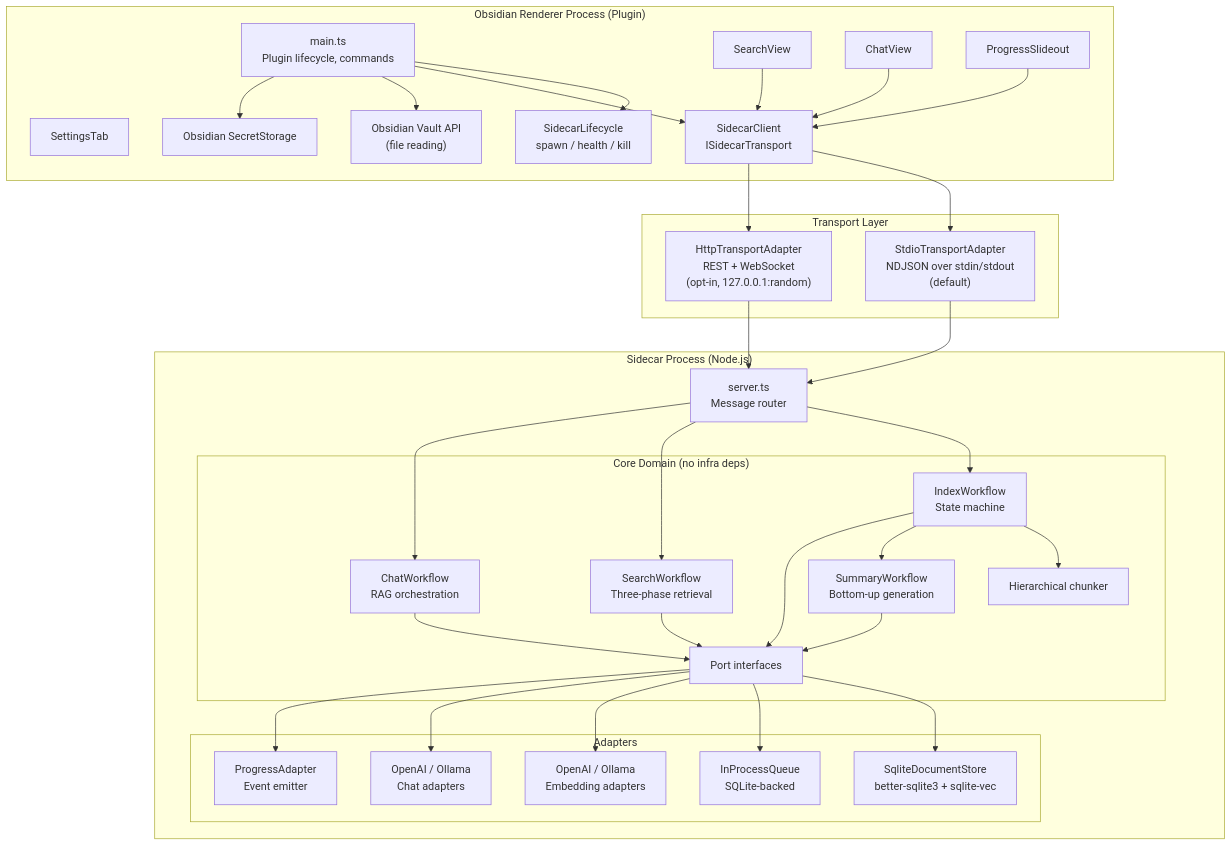
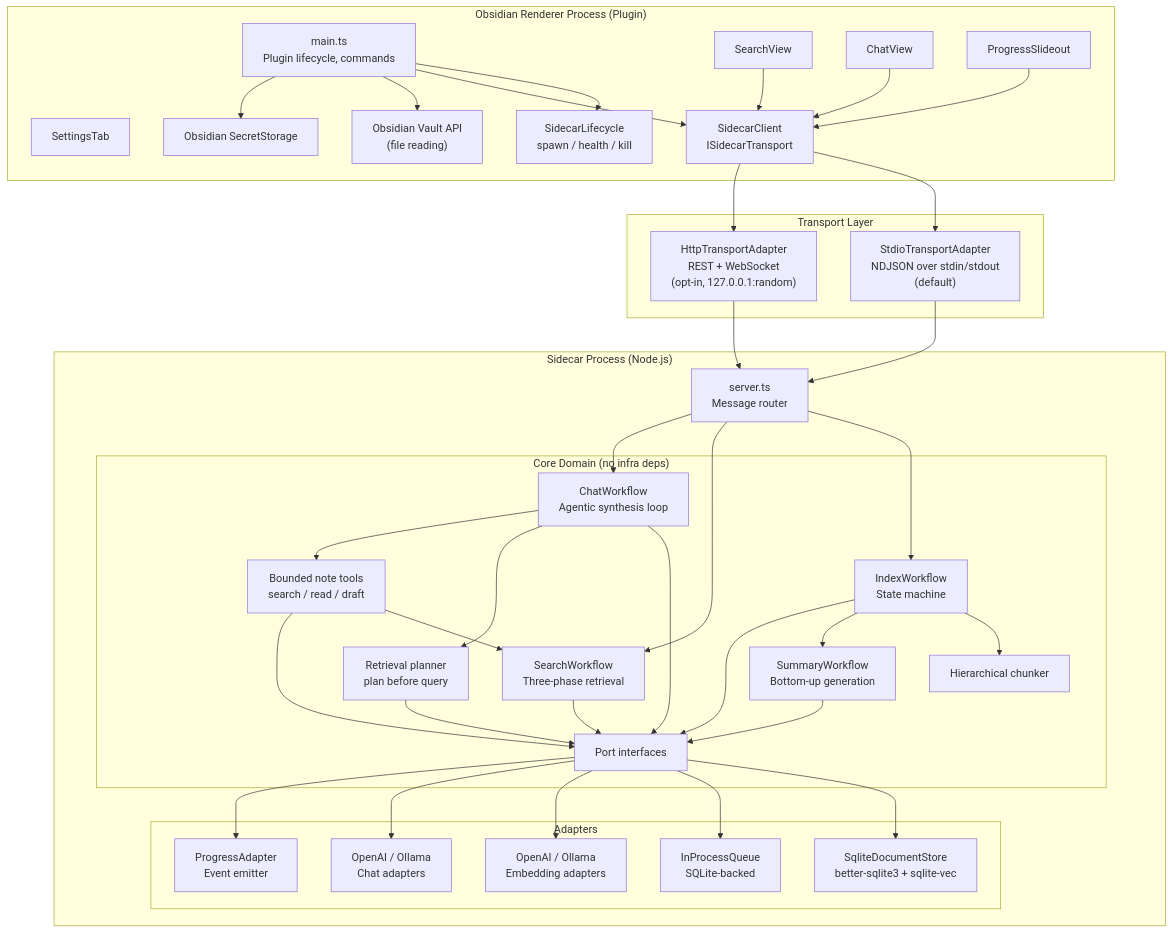
One commit to PhilipTeitel/Obisidian-AI changed the first of 5 diagrams in README.md. Above: the diagram before and after it, drawn with Mermaid. The commit also changed other lines of this file and 3 other files, not shown here.

````diff
--- a/README.md
+++ b/README.md
@@ -140,67 +144,74 @@
 ```mermaid
 graph TB
     subgraph obsidian ["Obsidian Renderer Process (Plugin)"]
         Main["main.ts<br/>Plugin lifecycle, commands"]
         Settings["SettingsTab"]
         SearchUI["SearchView"]
         ChatUI["ChatView"]
         ProgressUI["ProgressSlideout"]
         SidecarLife["SidecarLifecycle<br/>spawn / health / kill"]
         Client["SidecarClient<br/>ISidecarTransport"]
         SecretStore["Obsidian SecretStorage"]
         VaultAPI["Obsidian Vault API<br/>(file reading)"]
     end
 
     subgraph transport ["Transport Layer"]
         Stdio["StdioTransportAdapter<br/>NDJSON over stdin/stdout<br/>(default)"]
         HTTP["HttpTransportAdapter<br/>REST + WebSocket<br/>(opt-in, 127.0.0.1:random)"]
     end
 
     subgraph sidecar ["Sidecar Process (Node.js)"]
         Server["server.ts<br/>Message router"]
         subgraph core ["Core Domain (no infra deps)"]
             IndexWF["IndexWorkflow<br/>State machine"]
             SearchWF["SearchWorkflow<br/>Three-phase retrieval"]
-            ChatWF["ChatWorkflow<br/>RAG orchestration"]
+            ChatWF["ChatWorkflow<br/>Agentic synthesis loop"]
+            QueryPlan["Retrieval planner<br/>plan before query"]
+            NoteTools["Bounded note tools<br/>search / read / draft"]
             SummaryWF["SummaryWorkflow<br/>Bottom-up generation"]
             Chunker["Hierarchical chunker"]
             Ports["Port interfaces"]
         end
         subgraph adapters ["Adapters"]
             SQLiteStore["SqliteDocumentStore<br/>better-sqlite3 + sqlite-vec"]
             Queue["InProcessQueue<br/>SQLite-backed"]
             EmbedAdapt["OpenAI / Ollama<br/>Embedding adapters"]
             ChatAdapt["OpenAI / Ollama<br/>Chat adapters"]
             ProgressAdapt["ProgressAdapter<br/>Event emitter"]
         end
     end
 
     Main --> SidecarLife
     Main --> Client
     SearchUI --> Client
     ChatUI --> Client
     ProgressUI --> Client
     Main --> VaultAPI
     Main --> SecretStore
 
     Client --> Stdio
     Client --> HTTP
     Stdio --> Server
     HTTP --> Server
 
     Server --> IndexWF
     Server --> SearchWF
     Server --> ChatWF
     IndexWF --> Chunker
     IndexWF --> SummaryWF
     IndexWF --> Ports
     SearchWF --> Ports
     ChatWF --> Ports
+    ChatWF --> QueryPlan
+    ChatWF --> NoteTools
+    QueryPlan --> Ports
+    NoteTools --> SearchWF
+    NoteTools --> Ports
     SummaryWF --> Ports
 
     Ports --> SQLiteStore
     Ports --> Queue
     Ports --> EmbedAdapt
     Ports --> ChatAdapt
     Ports --> ProgressAdapt
 ```
````
